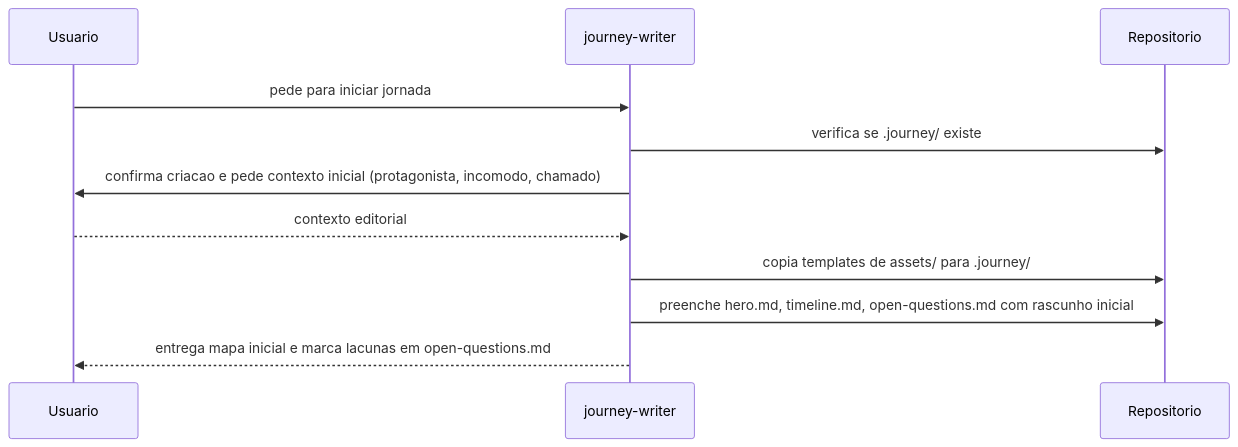
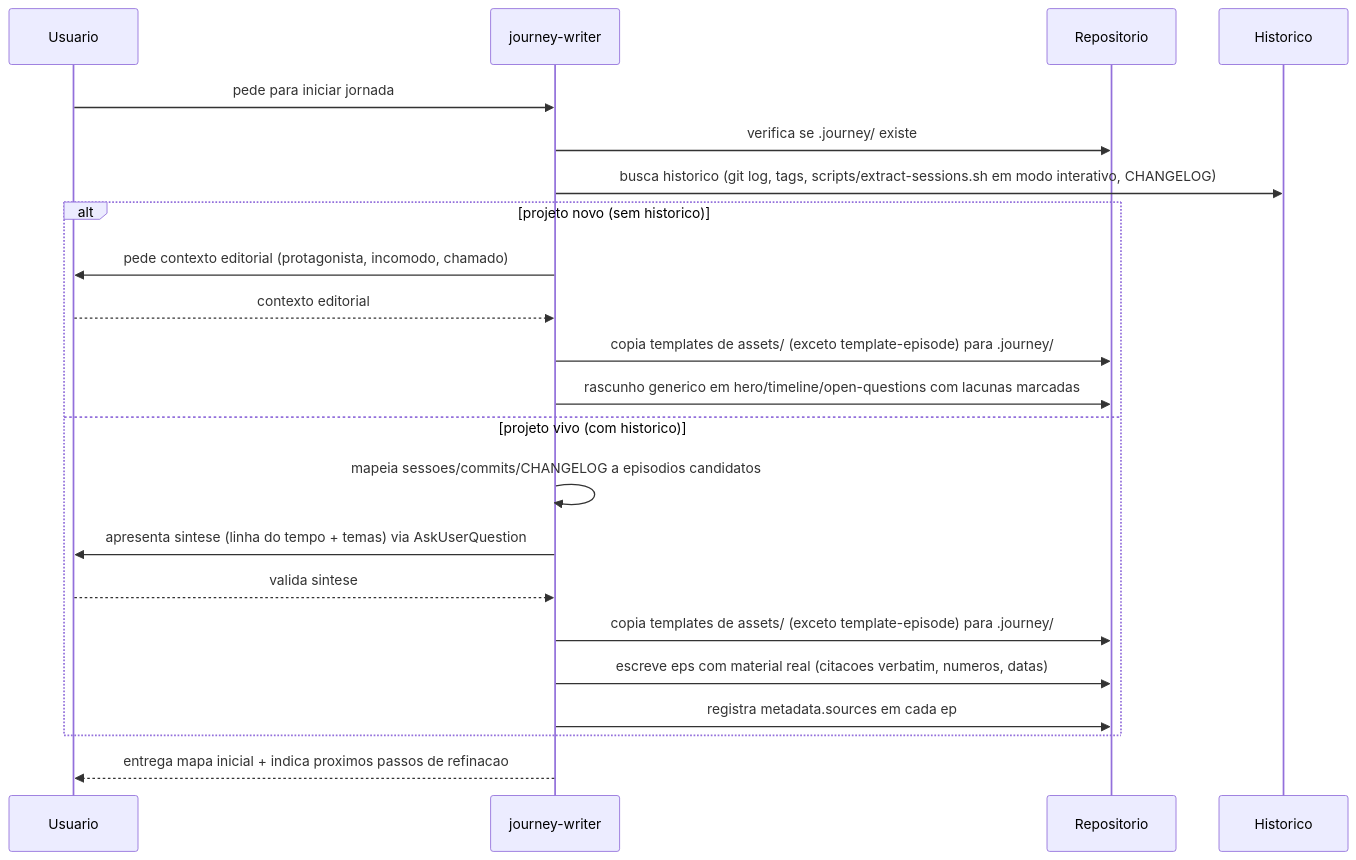
The first of 10 diagrams in .claude/skills/journey-writer/references/sequence-workflows.md (vitordevsp/vitordevsp.com.br), drawn with Mermaid before and after one commit. The commit also changed other lines of this file and 17 other files, not shown here.

First line of the commit message:
chore(.claude): consolida skill journey-writer com patterns, resgate externo e scripts deterministas

````diff
--- a/.claude/skills/journey-writer/references/sequence-workflows.md
+++ b/.claude/skills/journey-writer/references/sequence-workflows.md
@@ -20,13 +24,24 @@
 ```mermaid
 sequenceDiagram
     participant U as Usuario
     participant S as journey-writer
     participant R as Repositorio
+    participant H as Historico
     U->>S: pede para iniciar jornada
     S->>R: verifica se .journey/ existe
-    S->>U: confirma criacao e pede contexto inicial (protagonista, incomodo, chamado)
-    U-->>S: contexto editorial
-    S->>R: copia templates de assets/ para .journey/
-    S->>R: preenche hero.md, timeline.md, open-questions.md com rascunho inicial
-    S-->>U: entrega mapa inicial e marca lacunas em open-questions.md
+    S->>H: busca historico (git log, tags, scripts/extract-sessions.sh em modo interativo, CHANGELOG)
+    alt projeto novo (sem historico)
+        S->>U: pede contexto editorial (protagonista, incomodo, chamado)
+        U-->>S: contexto editorial
+        S->>R: copia templates de assets/ (exceto template-episode) para .journey/
+        S->>R: rascunho generico em hero/timeline/open-questions com lacunas marcadas
+    else projeto vivo (com historico)
+        S->>S: mapeia sessoes/commits/CHANGELOG a episodios candidatos
+        S->>U: apresenta sintese (linha do tempo + temas) via AskUserQuestion
+        U-->>S: valida sintese
+        S->>R: copia templates de assets/ (exceto template-episode) para .journey/
+        S->>R: escreve eps com material real (citacoes verbatim, numeros, datas)
+        S->>R: registra metadata.sources em cada ep
+    end
+    S-->>U: entrega mapa inicial + indica proximos passos de refinacao
 ```
````
